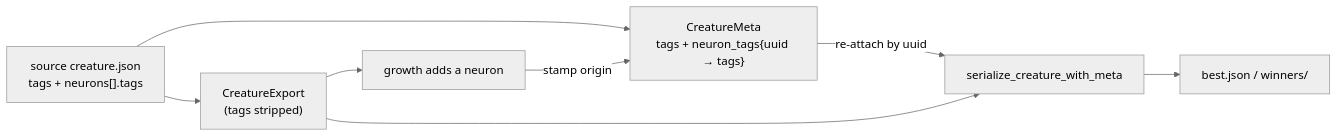
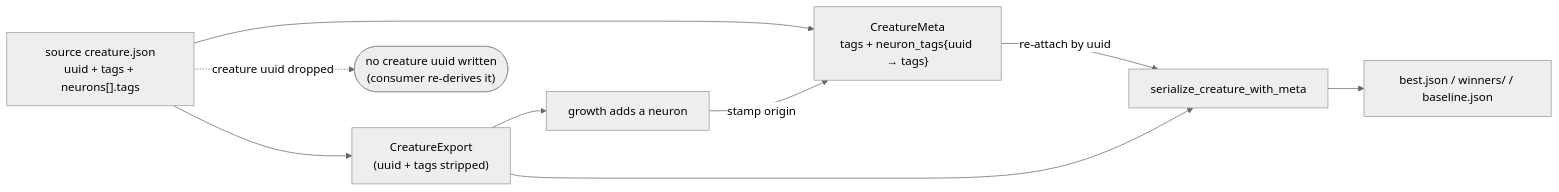
Diagram 12 of 16 in README.md (stSoftwareAU/NEAT-AI-Lamarck), drawn with Mermaid (neutral theme) before and after one commit. The commit also changed other lines of this file and 7 other files, not shown here.

First line of the commit message:
Check-in writes re-stamp the input creature's uuid onto a restructured incumbent (tags.rs:300) (Issue #196) (#198)

````diff
--- a/README.md
+++ b/README.md
@@ -875,10 +886,11 @@
 ```mermaid
 flowchart LR
-    S["source creature.json<br/>tags + neurons[].tags"] --> M["CreatureMeta<br/>tags + neuron_tags{uuid → tags}"]
-    S --> C["CreatureExport<br/>(tags stripped)"]
+    S["source creature.json<br/>uuid + tags + neurons[].tags"] --> M["CreatureMeta<br/>tags + neuron_tags{uuid → tags}"]
+    S -.->|creature uuid dropped| X(["no creature uuid written<br/>(consumer re-derives it)"])
+    S --> C["CreatureExport<br/>(uuid + tags stripped)"]
     C --> G["growth adds a neuron"]
     G -->|stamp origin| M
     C --> W["serialize_creature_with_meta"]
     M -->|re-attach by uuid| W
-    W --> B["best.json / winners/"]
+    W --> B["best.json / winners/ / baseline.json"]
 ```
````
